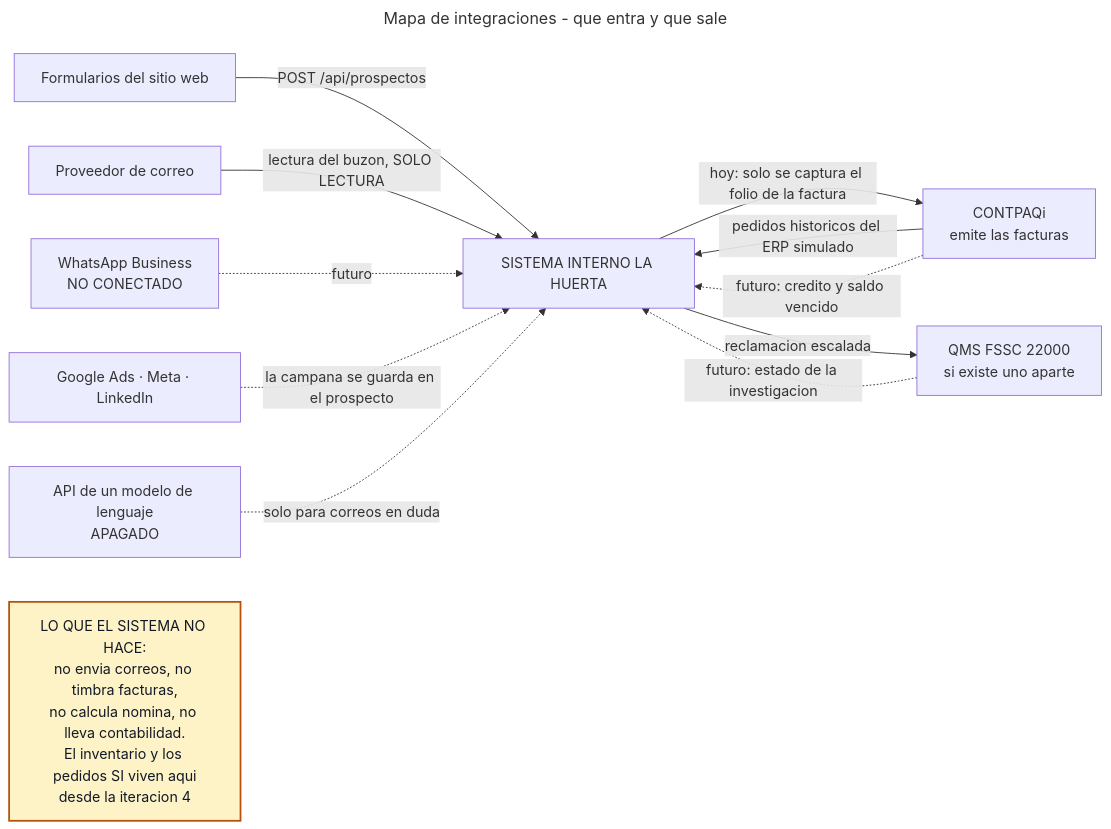
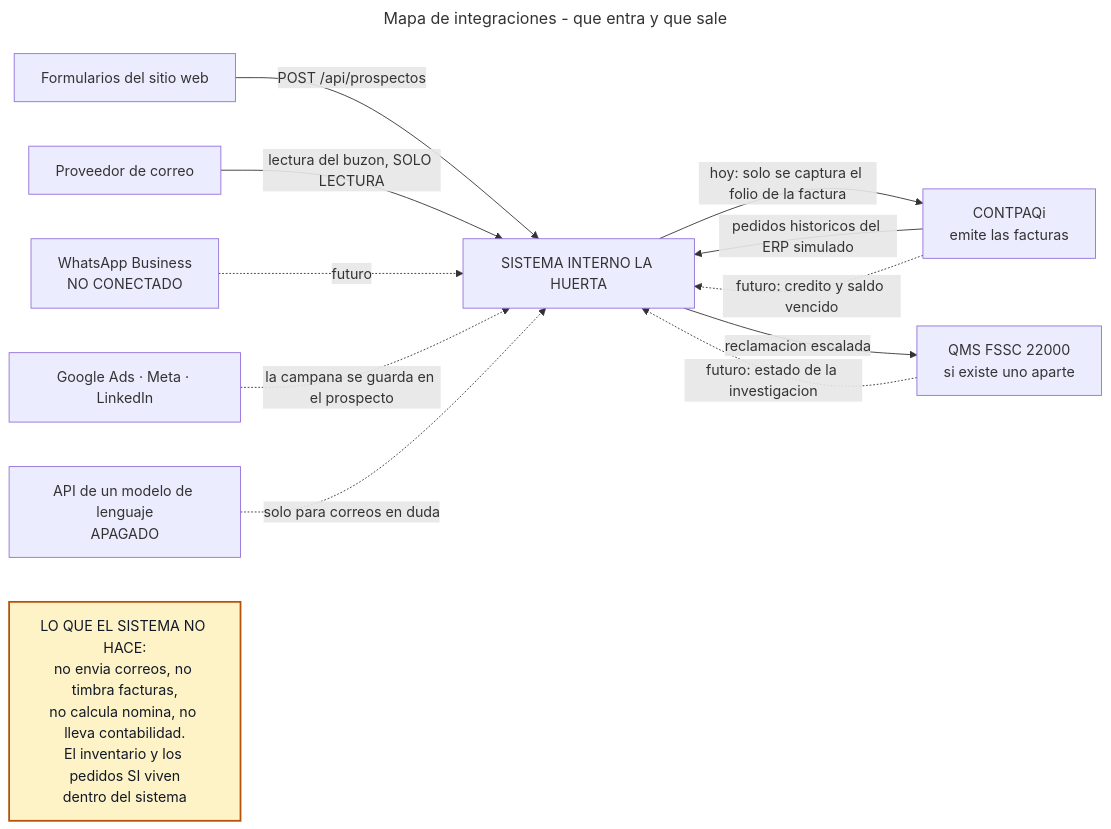
The diagram in docs/diagrams/07_integration_map.mmd (erimaan13-cmd/lahuerta-crm), drawn with Mermaid before and after one commit. The commit also changed 3 other files, not shown here.

```diff
--- a/docs/diagrams/07_integration_map.mmd
+++ b/docs/diagrams/07_integration_map.mmd
@@ -1,24 +1,24 @@
 ---
 title: Mapa de integraciones - que entra y que sale
 ---
 flowchart LR
   CRM["SISTEMA INTERNO LA HUERTA"]
 
   WEB["Formularios del sitio web"] -- "POST /api/prospectos" --> CRM
   MAIL["Proveedor de correo"] -- "lectura del buzon, SOLO LECTURA" --> CRM
   WA["WhatsApp Business<br/>NO CONECTADO"] -. "futuro" .-> CRM
 
   CRM -- "hoy: solo se captura el folio de la factura" --> ERP["CONTPAQi<br/>emite las facturas"]
   ERP -- "pedidos historicos del ERP simulado" --> CRM
   ERP -. "futuro: credito y saldo vencido" .-> CRM
 
   CRM -- "reclamacion escalada" --> QMS["QMS FSSC 22000<br/>si existe uno aparte"]
   QMS -. "futuro: estado de la investigacion" .-> CRM
 
   ADS["Google Ads · Meta · LinkedIn"] -. "la campana se guarda en el prospecto" .-> CRM
   LLM["API de un modelo de lenguaje<br/>APAGADO"] -. "solo para correos en duda" .-> CRM
 
-  NOTA["LO QUE EL SISTEMA NO HACE:<br/>no envia correos, no timbra facturas,<br/>no calcula nomina, no lleva contabilidad.<br/>El inventario y los pedidos SI viven aqui<br/>desde la iteracion 4"]
+  NOTA["LO QUE EL SISTEMA NO HACE:<br/>no envia correos, no timbra facturas,<br/>no calcula nomina, no lleva contabilidad.<br/>El inventario y los pedidos SI viven<br/>dentro del sistema"]
 
   classDef nota fill:#fef3c7,stroke:#b45309,color:#111827,stroke-width:2px
   class NOTA nota
```
